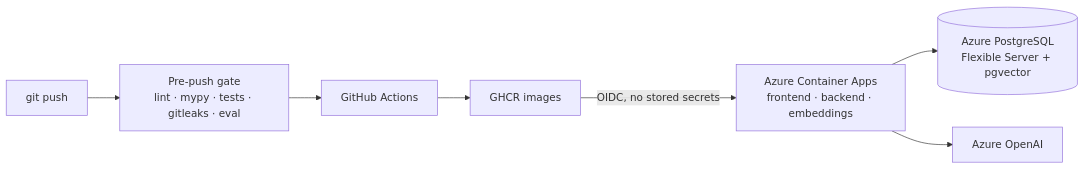
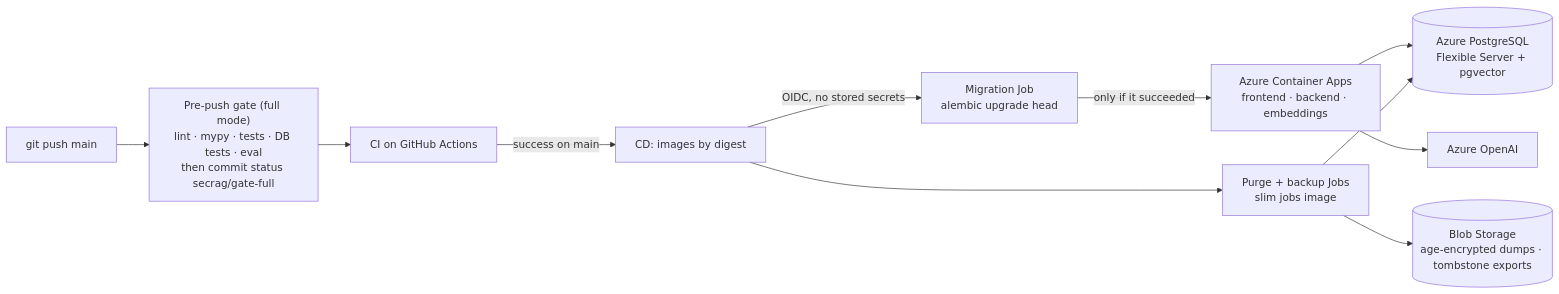
Before and after one commit to davidmorgadocarames/rag_app: the second of 2 diagrams in README.md, drawn with Mermaid. The commit also changed other lines of this file and 4 other files, not shown here.

First line of the commit message:
docs: schema at 0005, daily cap flow, rollback norm, CD diagram (T11.6a.1)

````diff
--- a/README.md
+++ b/README.md
@@ -91,9 +91,13 @@
 ```mermaid
 flowchart LR
-    DEV[git push] --> GATE[Pre-push gate<br/>lint · mypy · tests · gitleaks · eval]
-    GATE --> GH[GitHub Actions]
-    GH --> GHCR[GHCR images]
-    GHCR -->|OIDC, no stored secrets| ACA[Azure Container Apps<br/>frontend · backend · embeddings]
+    DEV[git push main] --> GATE["Pre-push gate (full mode)<br/>lint · mypy · tests · DB tests · eval<br/>then commit status secrag/gate-full"]
+    GATE --> CI[CI on GitHub Actions]
+    CI -->|success on main| CD[CD: images by digest]
+    CD -->|OIDC, no stored secrets| MIG[Migration Job<br/>alembic upgrade head]
+    MIG -->|only if it succeeded| ACA[Azure Container Apps<br/>frontend · backend · embeddings]
+    CD --> JOBS[Purge + backup Jobs<br/>slim jobs image]
     ACA --> PG[(Azure PostgreSQL<br/>Flexible Server + pgvector)]
+    JOBS --> PG
+    JOBS --> BLOB[(Blob Storage<br/>age-encrypted dumps · tombstone exports)]
     ACA --> AOAI[Azure OpenAI]
 ```
````
